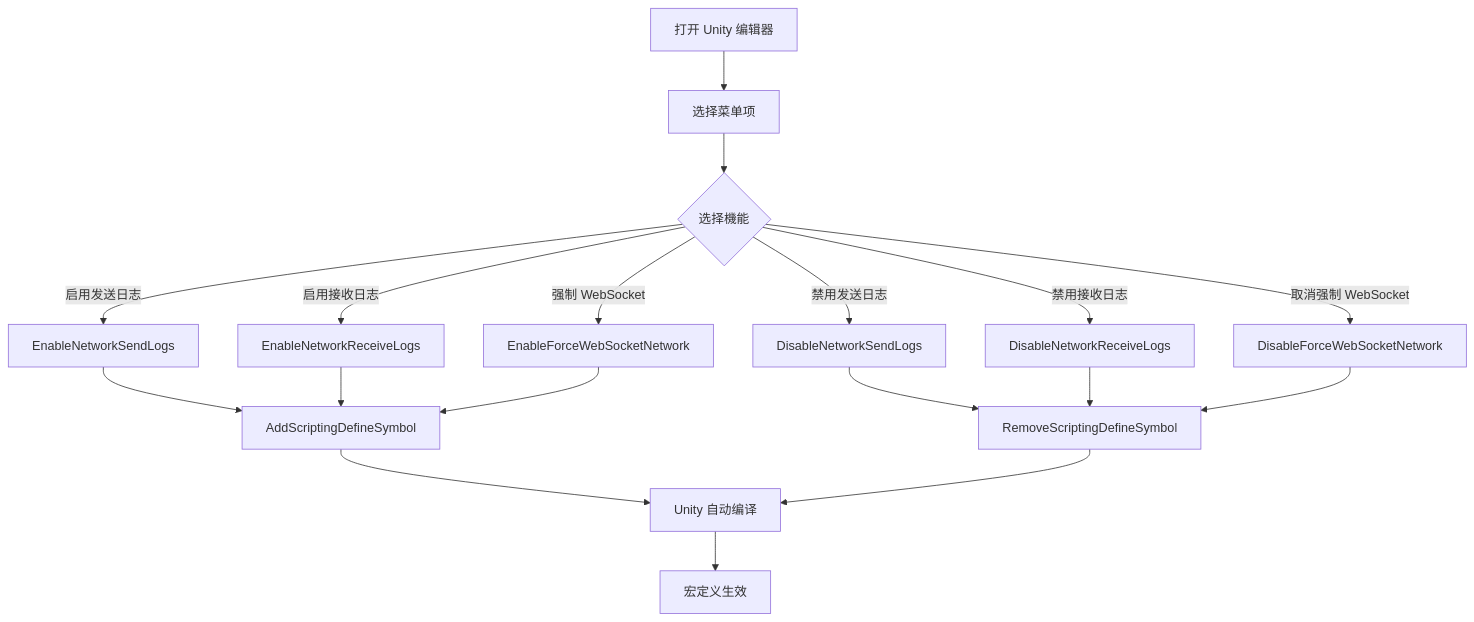
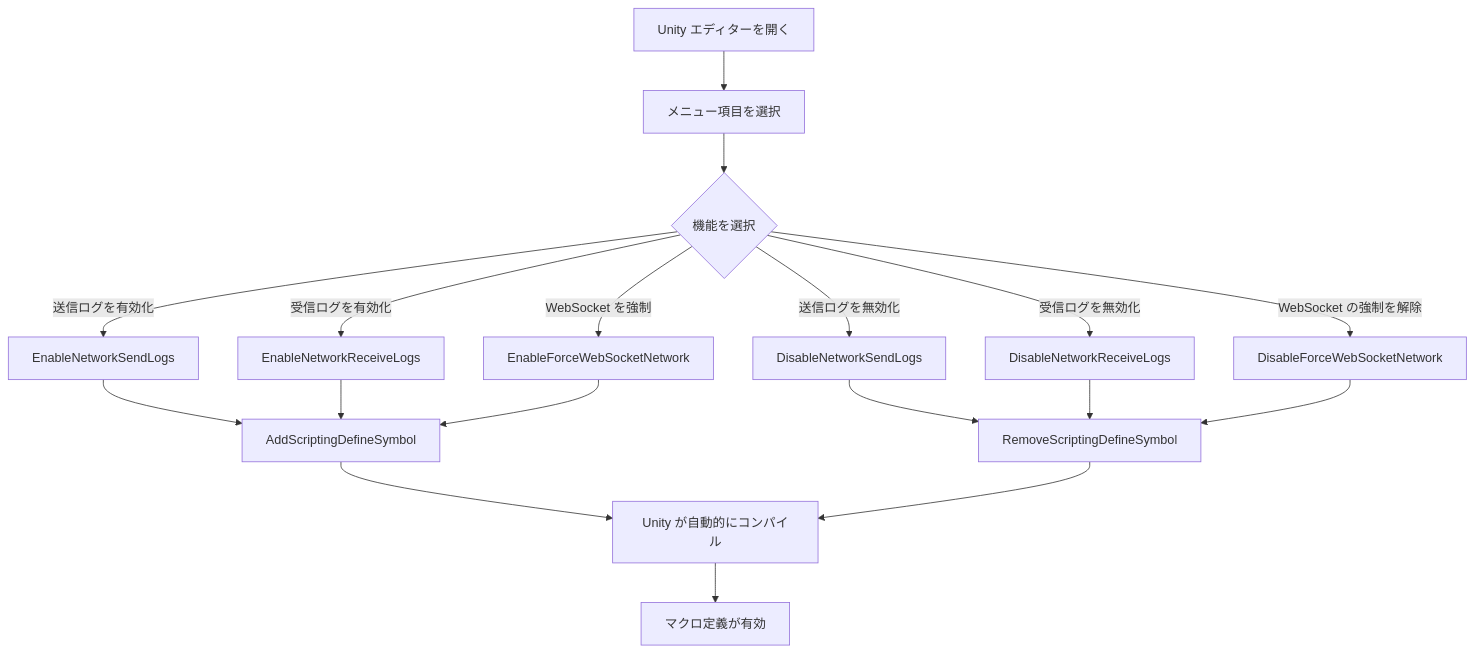
Before and after one commit to AlianBlank/GameFrameX.Docs: the third of 3 diagrams in docs/ja/client/unity/component/network/12.editor-configuration.md, drawn with Mermaid. The commit also changed other lines of this file and 320 other files, not shown here.

````diff
--- a/docs/ja/client/unity/component/network/12.editor-configuration.md
+++ b/docs/ja/client/unity/component/network/12.editor-configuration.md
@@ -295,24 +295,24 @@
 ```mermaid
 flowchart TD
-    A[打开 Unity 编辑器] --> B[选择菜单项]
-    B --> C{选择機能}
+    A[Unity エディターを開く] --> B[メニュー項目を選択]
+    B --> C{機能を選択}
     
-    C -->|启用发送日志| D[EnableNetworkSendLogs]
-    C -->|禁用发送日志| E[DisableNetworkSendLogs]
-    C -->|启用接收日志| F[EnableNetworkReceiveLogs]
-    C -->|禁用接收日志| G[DisableNetworkReceiveLogs]
-    C -->|强制 WebSocket| H[EnableForceWebSocketNetwork]
-    C -->|取消强制 WebSocket| I[DisableForceWebSocketNetwork]
+    C -->|送信ログを有効化| D[EnableNetworkSendLogs]
+    C -->|送信ログを無効化| E[DisableNetworkSendLogs]
+    C -->|受信ログを有効化| F[EnableNetworkReceiveLogs]
+    C -->|受信ログを無効化| G[DisableNetworkReceiveLogs]
+    C -->|WebSocket を強制| H[EnableForceWebSocketNetwork]
+    C -->|WebSocket の強制を解除| I[DisableForceWebSocketNetwork]
     
     D --> J[AddScriptingDefineSymbol]
     E --> K[RemoveScriptingDefineSymbol]
     F --> J
     G --> K
     H --> J
     I --> K
     
-    J --> L[Unity 自动编译]
+    J --> L[Unity が自動的にコンパイル]
     K --> L
     
-    L --> M[宏定义生效]
+    L --> M[マクロ定義が有効]
 ```
````
